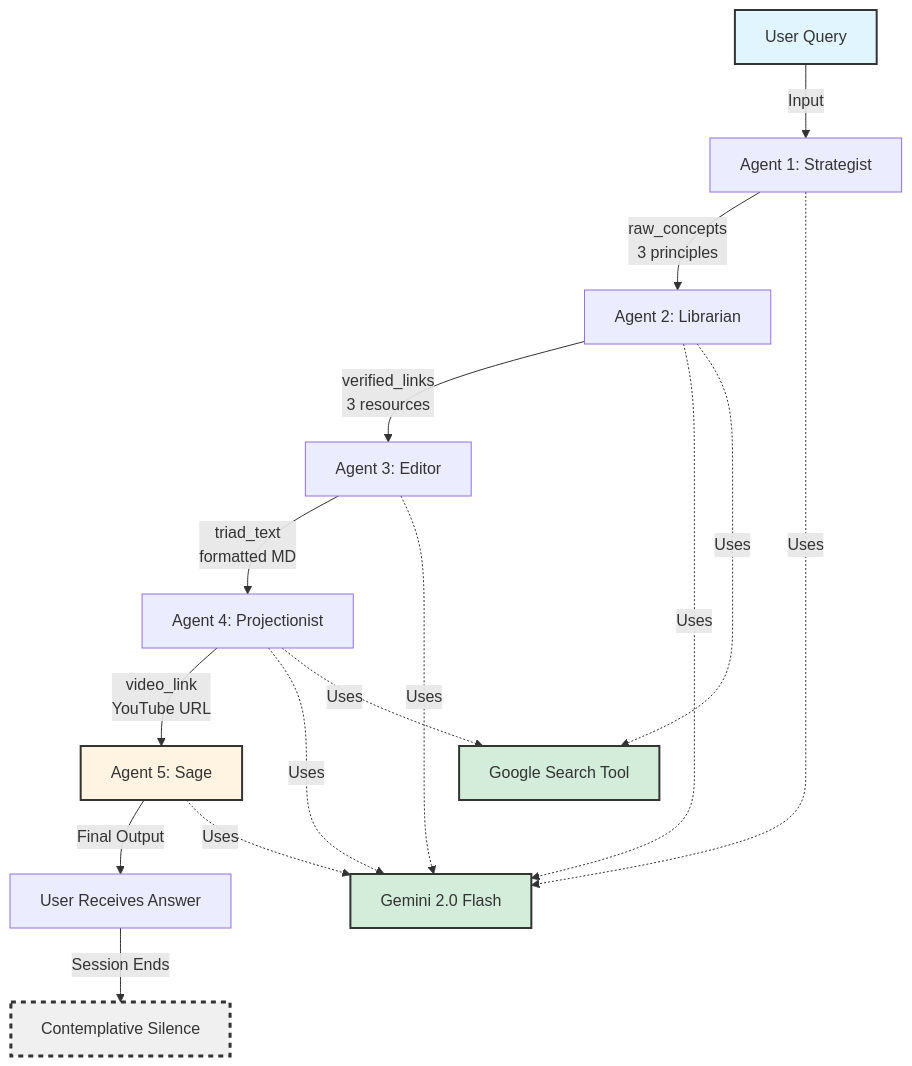
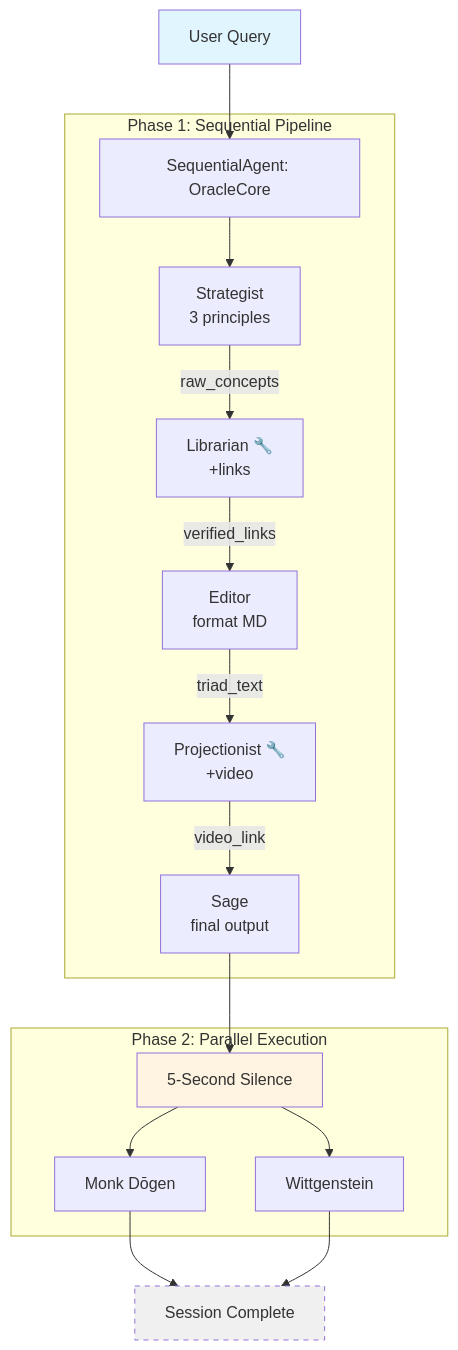
One commit to EyalIv/core3 changed the diagram in PRD.md. Above: the diagram before and after it, drawn with Mermaid. The commit also changed other lines of this file and 2 other files, not shown here.

````diff
--- a/PRD.md
+++ b/PRD.md
@@ -179,24 +90,26 @@
 ```mermaid
 graph TD
-    A[User Query] -->|Input| B[Agent 1: Strategist]
-    B -->|raw_concepts<br/>3 principles| C[Agent 2: Librarian]
-    C -->|verified_links<br/>3 resources| D[Agent 3: Editor]
-    D -->|triad_text<br/>formatted MD| E[Agent 4: Projectionist]
-    E -->|video_link<br/>YouTube URL| F[Agent 5: Sage]
-    F -->|Final Output| G[User Receives Answer]
-    G -->|Session Ends| H[Contemplative Silence]
+    A[User Query] --> B[SequentialAgent: OracleCore]
     
-    B -.->|Uses| I[Gemini 2.0 Flash]
-    C -.->|Uses| I
-    C -.->|Uses| J[Google Search Tool]
-    D -.->|Uses| I
-    E -.->|Uses| I
-    E -.->|Uses| J
-    F -.->|Uses| I
+    subgraph Sequential["Phase 1: Sequential Pipeline"]
+        B --> C[Strategist<br/>3 principles]
+        C -->|raw_concepts| D[Librarian 🔧<br/>+links]
+        D -->|verified_links| E[Editor<br/>format MD]
+        E -->|triad_text| F[Projectionist 🔧<br/>+video]
+        F -->|video_link| G[Sage<br/>final output]
+    end
     
-    style A fill:#e1f5ff,stroke:#333,stroke-width:2px
-    style F fill:#fff4e1,stroke:#333,stroke-width:2px
-    style H fill:#f0f0f0,stroke:#333,stroke-width:3px,stroke-dasharray: 5 5
-    style I fill:#d4edda,stroke:#333,stroke-width:2px
-    style J fill:#d4edda,stroke:#333,stroke-width:2px
+    G --> H[5-Second Silence]
+    
+    subgraph Parallel["Phase 2: Parallel Execution"]
+        H --> I[Monk Dōgen]
+        H --> J[Wittgenstein]
+    end
+    
+    I --> K[Session Complete]
+    J --> K
+    
+    style A fill:#e1f5ff
+    style K fill:#f0f0f0,stroke-dasharray: 5 5
+    style H fill:#fff4e1
 ```
````
